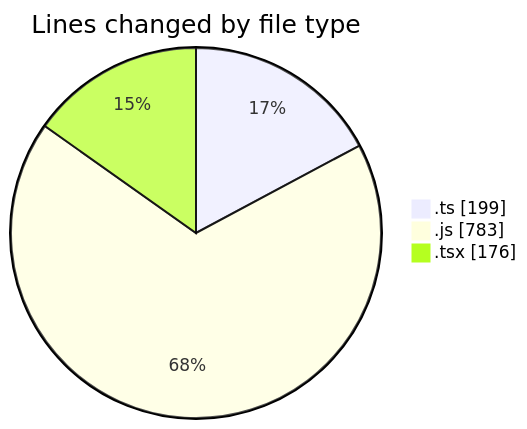
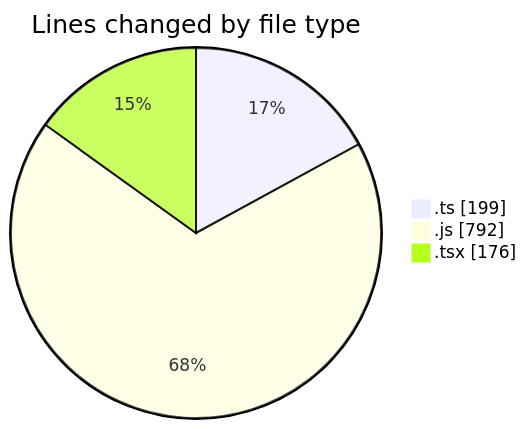
One commit to momahboobian/code-tracking changed the first of 2 diagrams in 2025-03-12/cda/README.md. Above: the diagram before and after it, drawn with Mermaid. The commit also changed other lines of this file and 1 other file, not shown here.

````diff
--- a/2025-03-12/cda/README.md
+++ b/2025-03-12/cda/README.md
@@ -31,7 +31,7 @@
 ```mermaid
 pie showData
 title Lines changed by file type
 ".ts" : 199
-".js" : 783
+".js" : 792
 ".tsx" : 176
 ```
````
